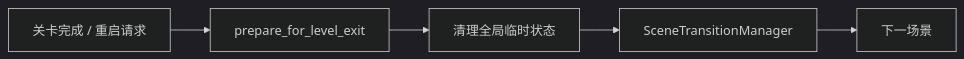
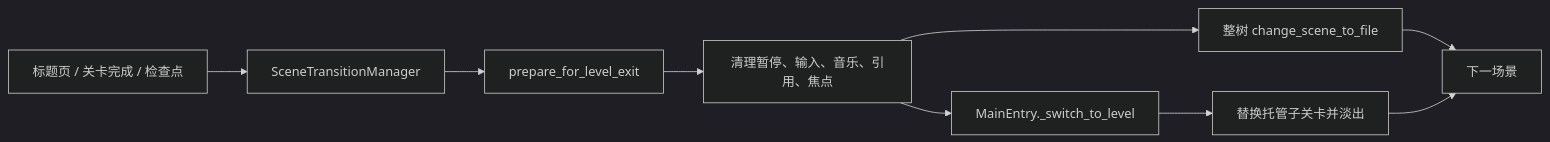
The sixth of 6 diagrams in TECHNICAL_ARCHITECTURE_REPORT.md (aaaarthur666-design/copyWorms), drawn with Mermaid (dark theme) before and after one commit. The commit also changed other lines of this file, not shown here.

Commit message:
Document current scene transition, event bus, and gameplay architecture

````diff
--- a/TECHNICAL_ARCHITECTURE_REPORT.md
+++ b/TECHNICAL_ARCHITECTURE_REPORT.md
@@ -201,7 +216,11 @@
 ```mermaid
 flowchart LR
-    REQUEST[关卡完成 / 重启请求] --> CLEAN[prepare_for_level_exit]
-    CLEAN --> GLOBAL[清理全局临时状态]
-    GLOBAL --> TRANSITION[SceneTransitionManager]
-    TRANSITION --> NEXT[下一场景]
+    REQUEST[标题页 / 关卡完成 / 检查点] --> STM[SceneTransitionManager]
+    STM --> PREP[prepare_for_level_exit]
+    PREP --> RESET[清理暂停、输入、音乐、引用、焦点]
+    RESET --> ROOT[整树 change_scene_to_file]
+    RESET --> ENTRY[MainEntry._switch_to_level]
+    ENTRY --> CHILD[替换托管子关卡并淡出]
+    ROOT --> NEXT[下一场景]
+    CHILD --> NEXT
 ```
````
